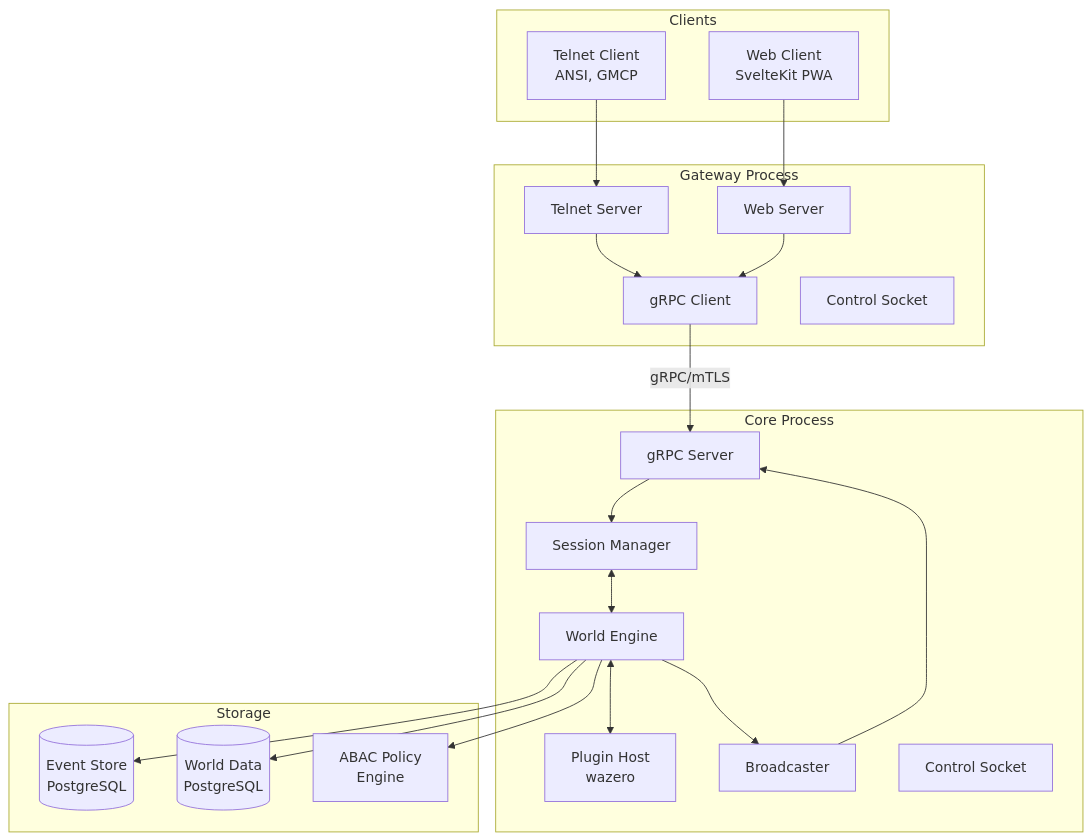
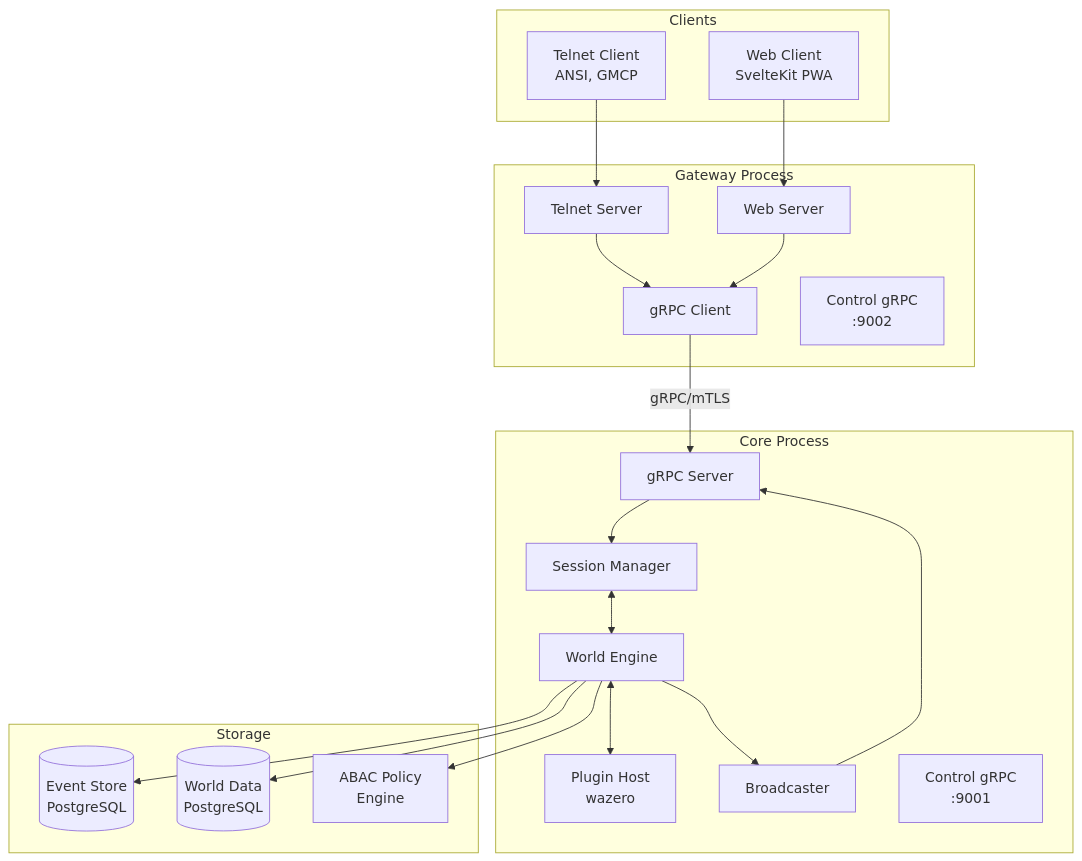
One commit to holomush/holomush changed the first of 5 diagrams in docs/reference/architecture-overview.md. Above: the diagram before and after it, drawn with Mermaid. The commit also changed other lines of this file and 13 other files, not shown here.

First line of the commit message:
refactor(control): replace Unix socket with gRPC control interface

````diff
--- a/docs/reference/architecture-overview.md
+++ b/docs/reference/architecture-overview.md
@@ -154,43 +155,43 @@
 ```mermaid
 graph TB
     subgraph Clients
         T[Telnet Client<br/>ANSI, GMCP]
         W[Web Client<br/>SvelteKit PWA]
     end
 
     subgraph Gateway["Gateway Process"]
         TA[Telnet Server]
         WA[Web Server]
         GC[gRPC Client]
-        GCS[Control Socket]
+        GCS[Control gRPC<br/>:9002]
     end
 
     subgraph Core["Core Process"]
         GS[gRPC Server]
         SM[Session Manager]
         WE[World Engine]
         PH[Plugin Host<br/>wazero]
         BC[Broadcaster]
-        CCS[Control Socket]
+        CCS[Control gRPC<br/>:9001]
     end
 
     subgraph Storage
         ES[(Event Store<br/>PostgreSQL)]
         WD[(World Data<br/>PostgreSQL)]
         ABAC[ABAC Policy<br/>Engine]
     end
 
     T --> TA
     W --> WA
     TA --> GC
     WA --> GC
     GC -->|gRPC/mTLS| GS
     GS --> SM
     SM <--> WE
     WE <--> PH
     WE --> BC
     BC --> GS
     WE --> ES
     WE --> WD
     WE --> ABAC
 ```
````
